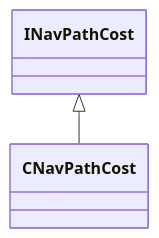
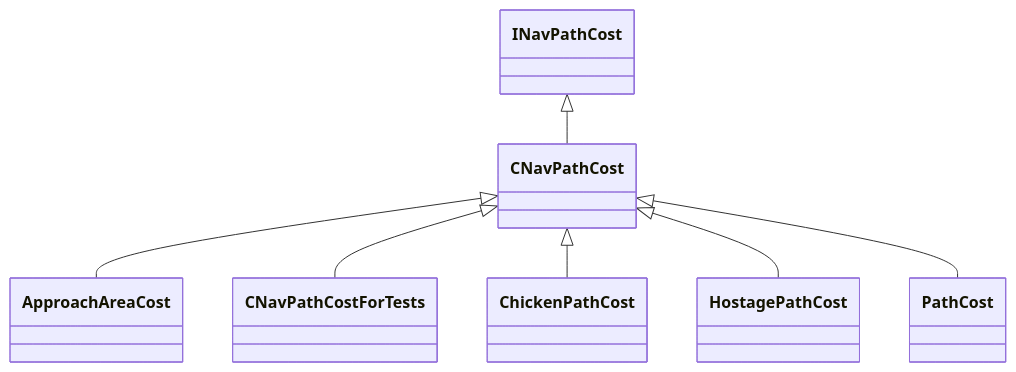
One commit to CS2OpenDev/CS2OpenDev-Docs changed the diagram in docs/generated/schemas/navlib/CNavPathCost.md. Above: the diagram before and after it, drawn with Mermaid. The commit also changed other lines of this file and 4654 other files, not shown here.

Commit message:
docs: regenerate for SchemaTracker build 25947352 [skip ci]

````diff
--- a/docs/generated/schemas/navlib/CNavPathCost.md
+++ b/docs/generated/schemas/navlib/CNavPathCost.md
@@ -19,4 +21,9 @@
 ```mermaid
 classDiagram
     INavPathCost <|-- CNavPathCost
+    CNavPathCost <|-- ApproachAreaCost
+    CNavPathCost <|-- CNavPathCostForTests
+    CNavPathCost <|-- ChickenPathCost
+    CNavPathCost <|-- HostagePathCost
+    CNavPathCost <|-- PathCost
 ```
````
